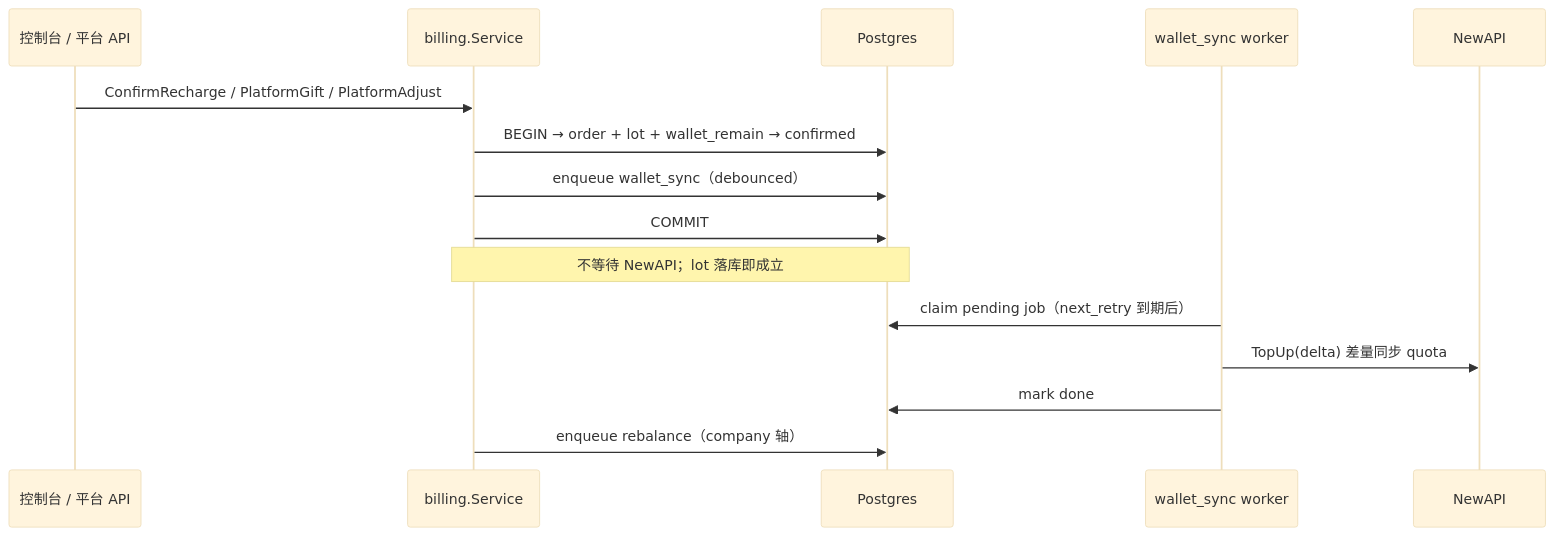
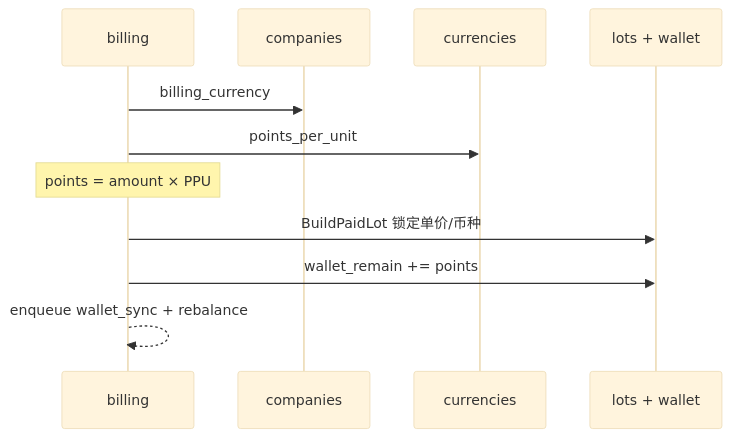
Before and after one commit to quyip8818/mytokenjoy: the fourth of 6 diagrams in docs/Backend-计费模式.md, drawn with Mermaid (base theme). The commit also changed other lines of this file and 23 other files, not shown here.

````diff
--- a/docs/Backend-计费模式.md
+++ b/docs/Backend-计费模式.md
@@ -186,18 +166,14 @@
 ```mermaid
 sequenceDiagram
-    participant UI as 控制台 / 平台 API
-    participant B as billing.Service
-    participant PG as Postgres
-    participant W as wallet_sync worker
-    participant NA as NewAPI
+  participant B as billing
+  participant Co as companies
+  participant Cur as currencies
+  participant PG as lots + wallet
 
-    UI->>B: ConfirmRecharge / PlatformGift / PlatformAdjust
-    B->>PG: BEGIN → order + lot + wallet_remain → confirmed
-    B->>PG: enqueue wallet_sync（debounced）
-    B->>PG: COMMIT
-    Note over B,PG: 不等待 NewAPI；lot 落库即成立
-    W->>PG: claim pending job（next_retry 到期后）
-    W->>NA: TopUp(delta) 差量同步 quota
-    W->>PG: mark done
-    B->>PG: enqueue rebalance（company 轴）
+  B->>Co: billing_currency
+  B->>Cur: points_per_unit
+  Note over B: points = amount × PPU
+  B->>PG: BuildPaidLot 锁定单价/币种
+  B->>PG: wallet_remain += points
+  B-->>B: enqueue wallet_sync + rebalance
 ```
````
